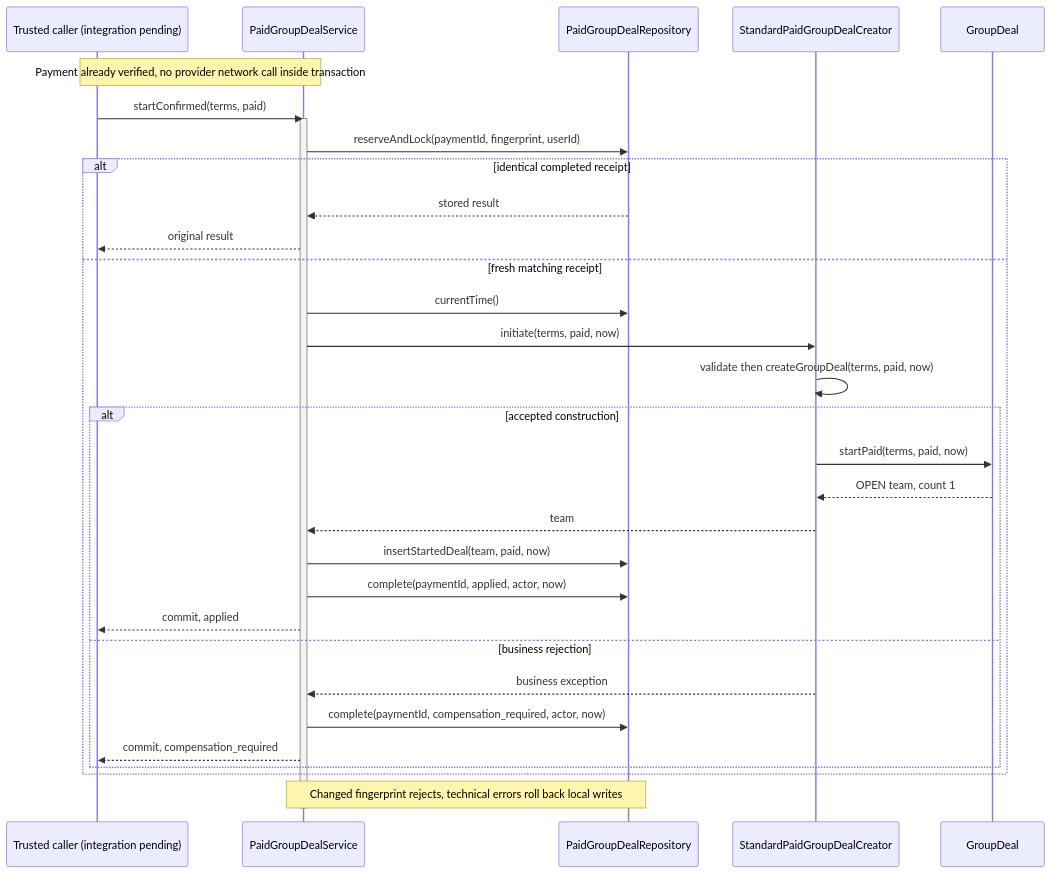
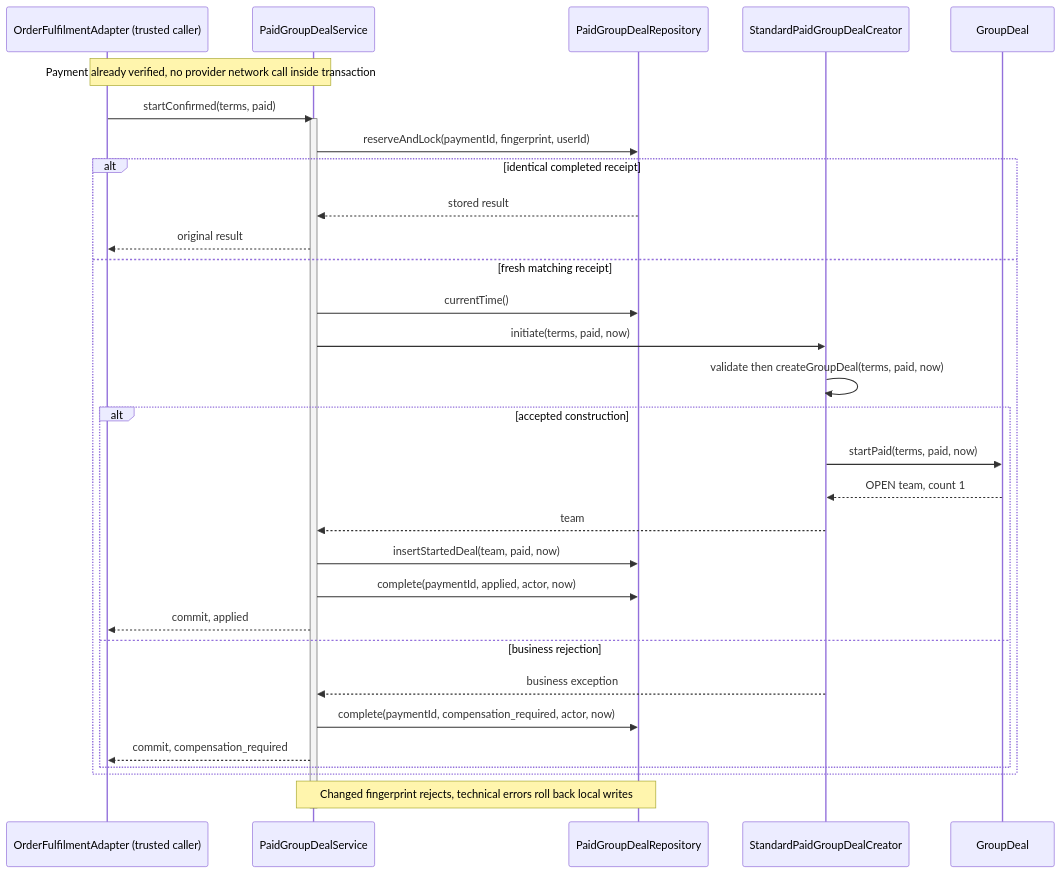
The fourth of 5 diagrams in backend/docs/design/paid-group-participation.md (PPsyrius/iss-groupbuy-team8), drawn with Mermaid before and after one commit. The commit also changed other lines of this file and 2 other files, not shown here.

````diff
--- a/backend/docs/design/paid-group-participation.md
+++ b/backend/docs/design/paid-group-participation.md
@@ -209,34 +227,34 @@
 ```mermaid
 sequenceDiagram
-    participant Caller as Trusted caller (integration pending)
+    participant Caller as OrderFulfilmentAdapter (trusted caller)
     participant A as PaidGroupDealService
     participant R as PaidGroupDealRepository
     participant F as StandardPaidGroupDealCreator
     participant G as GroupDeal
     Note over Caller,A: Payment already verified, no provider network call inside transaction
     Caller->>A: startConfirmed(terms, paid)
     activate A
     A->>R: reserveAndLock(paymentId, fingerprint, userId)
     alt identical completed receipt
         R-->>A: stored result
         A-->>Caller: original result
     else fresh matching receipt
         A->>R: currentTime()
         A->>F: initiate(terms, paid, now)
         F->>F: validate then createGroupDeal(terms, paid, now)
         alt accepted construction
             F->>G: startPaid(terms, paid, now)
             G-->>F: OPEN team, count 1
             F-->>A: team
             A->>R: insertStartedDeal(team, paid, now)
             A->>R: complete(paymentId, applied, actor, now)
             A-->>Caller: commit, applied
         else business rejection
             F-->>A: business exception
             A->>R: complete(paymentId, compensation_required, actor, now)
             A-->>Caller: commit, compensation_required
         end
     end
     Note over A,R: Changed fingerprint rejects, technical errors roll back local writes
     deactivate A
 ```
````
